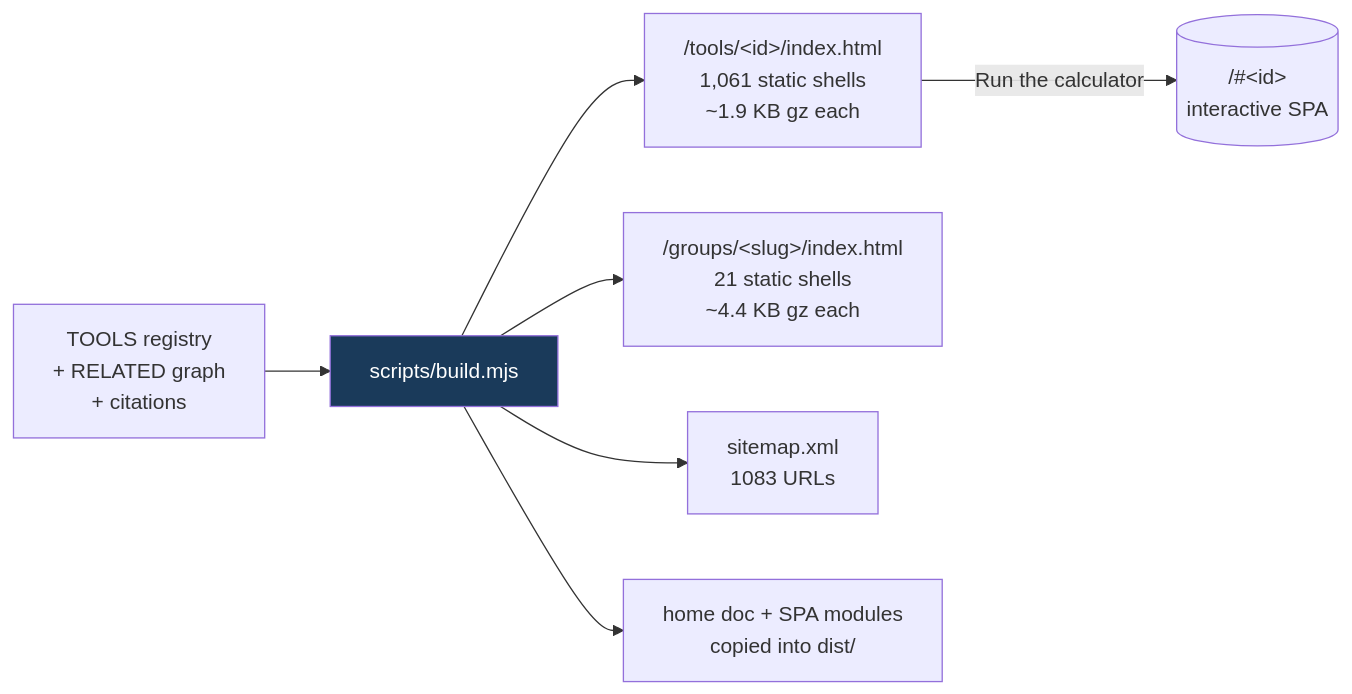
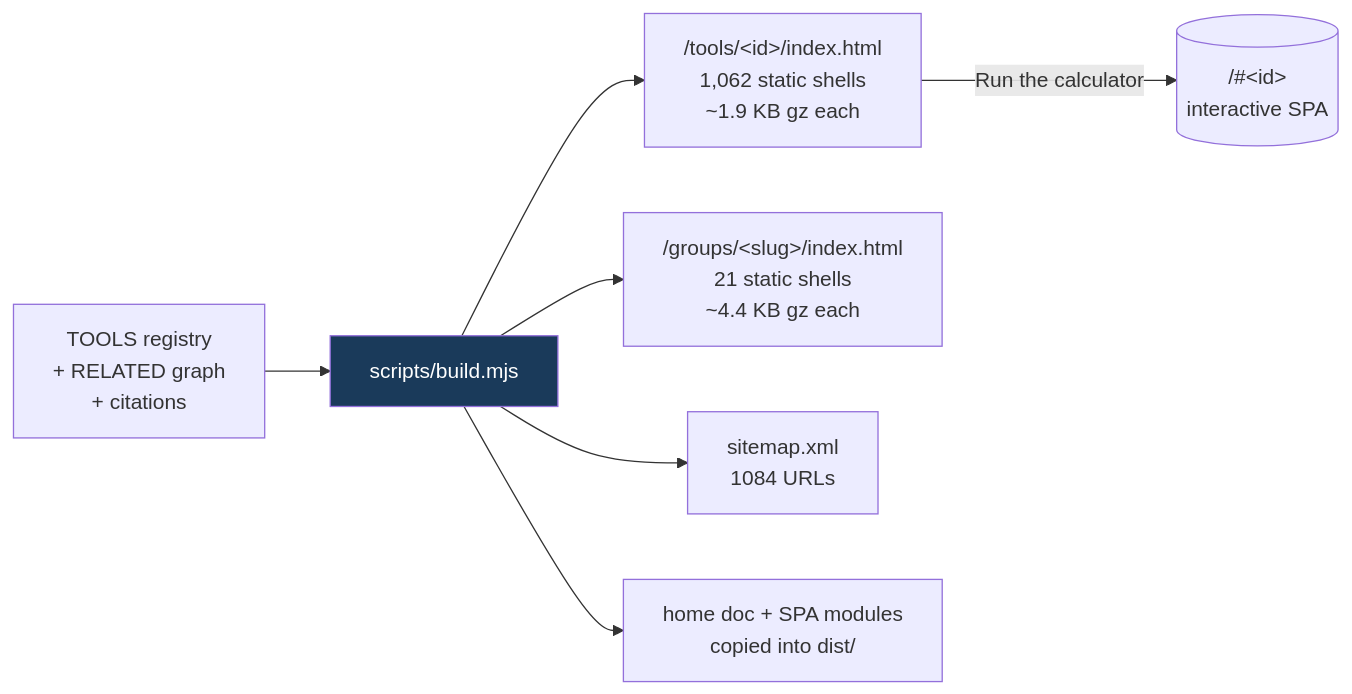
Before and after one commit to clay-good/roughlogic.com: the fifth of 8 diagrams in README.md, drawn with Mermaid. The commit also changed other lines of this file and 14 other files, not shown here.

````diff
--- a/README.md
+++ b/README.md
@@ -495,10 +495,10 @@
 ```mermaid
 flowchart LR
     SRC[TOOLS registry\n+ RELATED graph\n+ citations] --> BUILD[scripts/build.mjs]
-    BUILD --> TILE["/tools/&lt;id&gt;/index.html\n1,061 static shells\n~1.9 KB gz each"]
+    BUILD --> TILE["/tools/&lt;id&gt;/index.html\n1,062 static shells\n~1.9 KB gz each"]
     BUILD --> GROUP["/groups/&lt;slug&gt;/index.html\n21 static shells\n~4.4 KB gz each"]
-    BUILD --> MAP["sitemap.xml\n1083 URLs"]
+    BUILD --> MAP["sitemap.xml\n1084 URLs"]
     BUILD --> COPY[home doc + SPA modules\ncopied into dist/]
     TILE -->|Run the calculator| SPA[("/#&lt;id&gt;\ninteractive SPA")]
     style BUILD fill:#1a3a5a,color:#fff
 ```
````
